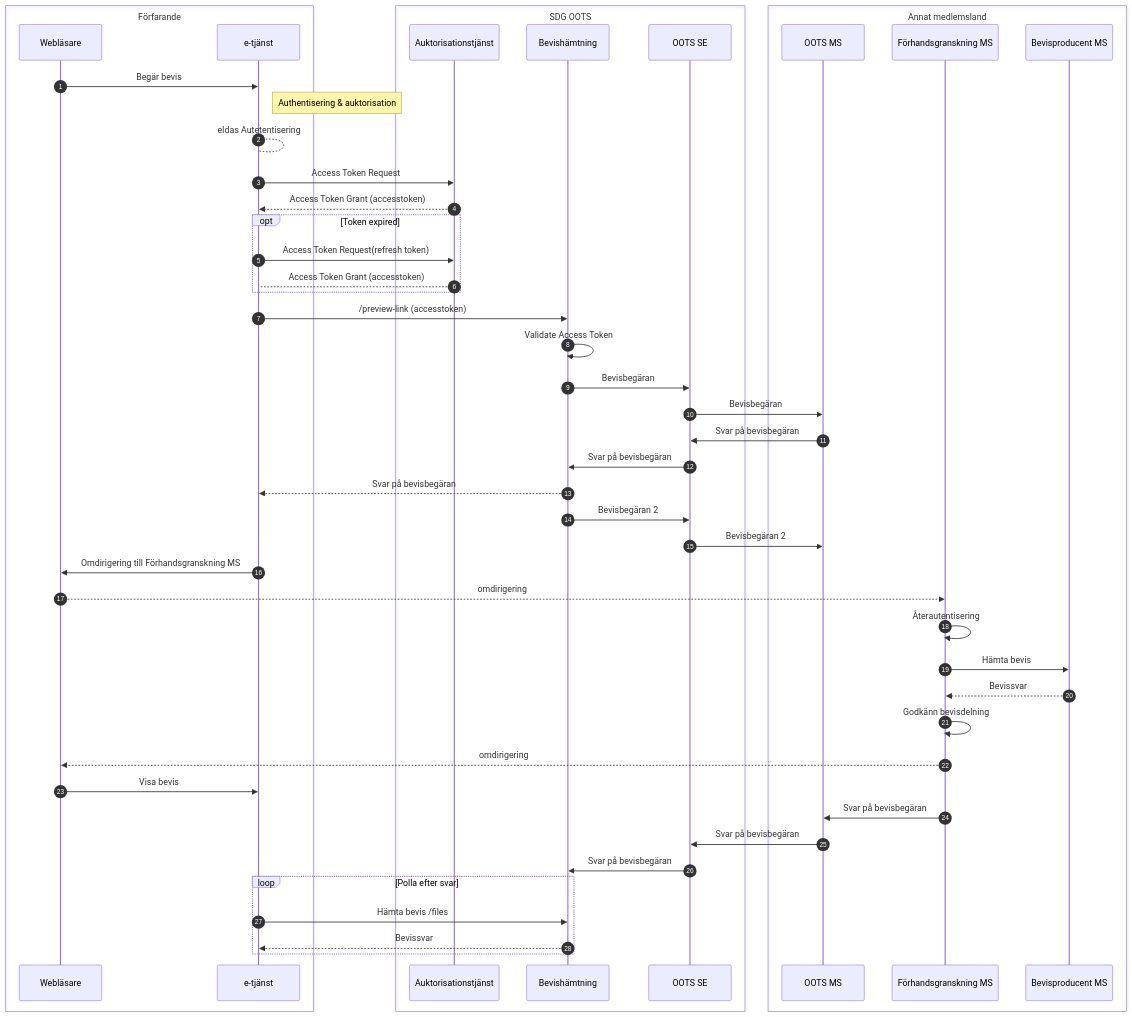
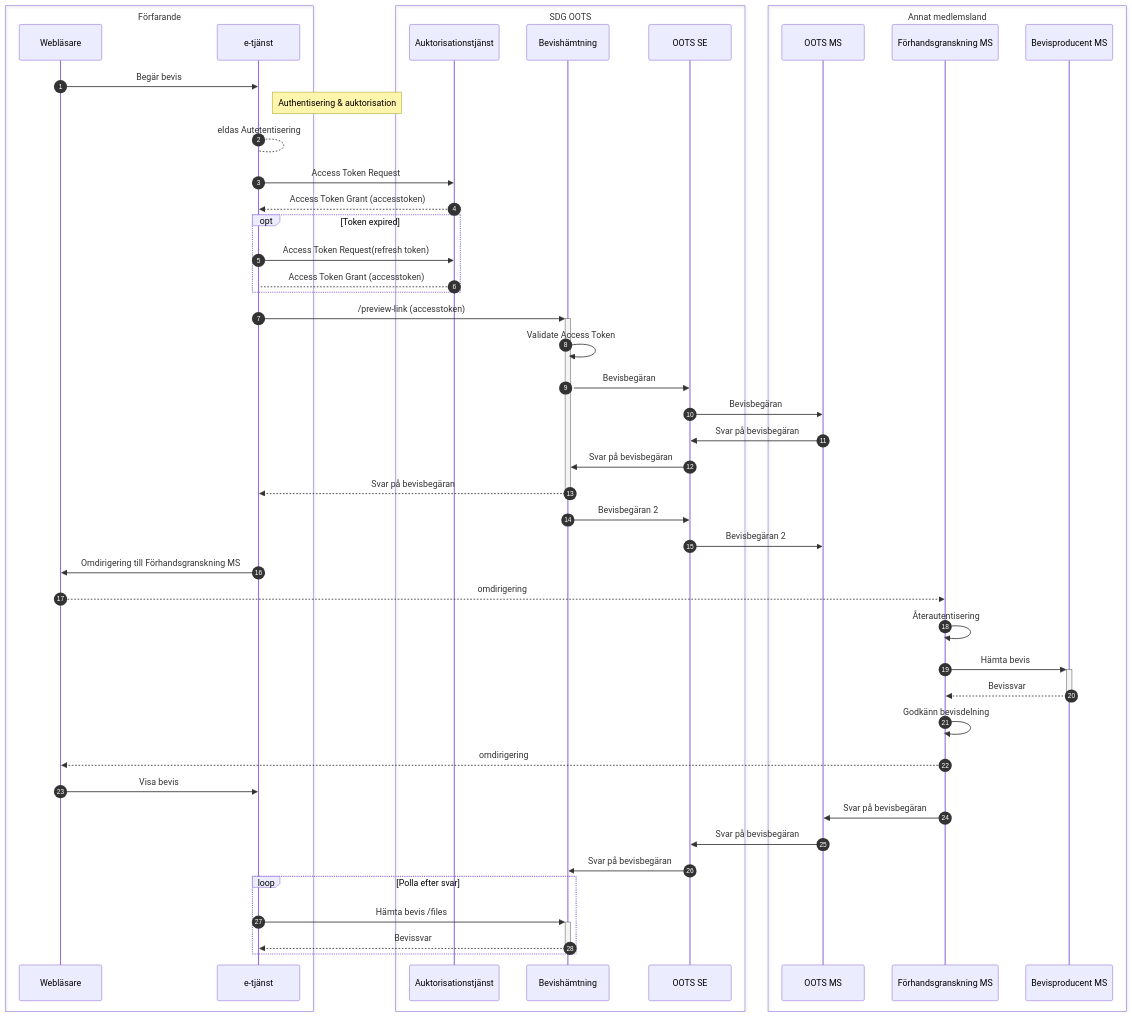
Before and after one commit to diggsweden/sdg-intermediation-eu: the second of 2 diagrams in README.md, drawn with Mermaid. The commit also changed other lines of this file, not shown here.

Commit message:
Justeringar i diagram och beskrivningar

````diff
--- a/README.md
+++ b/README.md
@@ -47,51 +47,51 @@
 ```mermaid
 sequenceDiagram
 autonumber
 box Förfarande
 participant W as Webläsare
 participant OF as e-tjänst
 end
 box SDG OOTS
 participant AT as Auktorisationstjänst
 participant BT as Bevishämtning 
 participant OTSE as OOTS SE
 end
 box Annat medlemsland
 participant OTMS as OOTS MS
 participant MSOF as Förhandsgranskning MS
 participant MSBP as Bevisproducent MS
 end
 W->>OF: Begär bevis
 Note right of OF: Authentisering & auktorisation
 OF-->OF: eIdas Autetentisering
 OF->>AT: Access Token Request
 AT-->>OF: Access Token Grant (accesstoken)
 Opt Token expired
 OF->>AT: Access Token Request(refresh token)
 AT-->OF: Access Token Grant (accesstoken)
 end
-OF->>BT: /preview-link (accesstoken)
+OF->>+BT: /preview-link (accesstoken)
 BT->>BT: Validate Access Token
 BT->>OTSE: Bevisbegäran
 OTSE->>OTMS: Bevisbegäran
 OTMS->>OTSE: Svar på bevisbegäran
 OTSE->>BT: Svar på bevisbegäran
-BT-->>OF: Svar på bevisbegäran
+BT-->>-OF: Svar på bevisbegäran
 BT->>OTSE: Bevisbegäran 2
 OTSE->>OTMS: Bevisbegäran 2
 OF->>W: Omdirigering till Förhandsgranskning MS
 W-->>MSOF: omdirigering
 MSOF->>MSOF: Återautentisering
-MSOF->>MSBP: Hämta bevis
-MSBP-->>MSOF: Bevissvar
+MSOF->>+MSBP: Hämta bevis
+MSBP-->>-MSOF: Bevissvar
 MSOF->>MSOF: Godkänn bevisdelning
 MSOF-->>W: omdirigering
 W->>OF: Visa bevis
 MSOF->>OTMS: Svar på bevisbegäran
 OTMS->>OTSE: Svar på bevisbegäran
 OTSE->>BT: Svar på bevisbegäran
 loop Polla efter svar
-OF->>BT: Hämta bevis /files
-BT-->>OF: Bevissvar
+OF->>+BT: Hämta bevis /files
+BT-->>-OF: Bevissvar
 end
 ```
````
